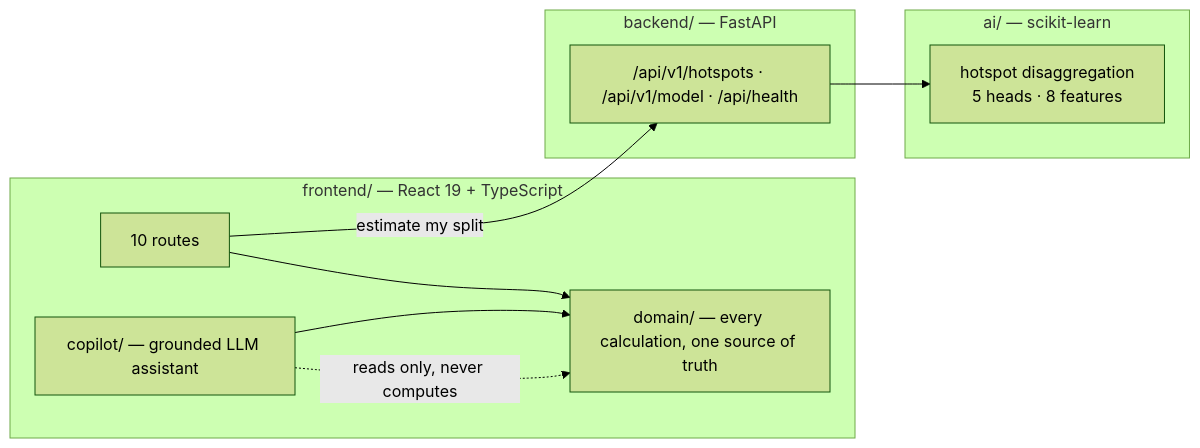
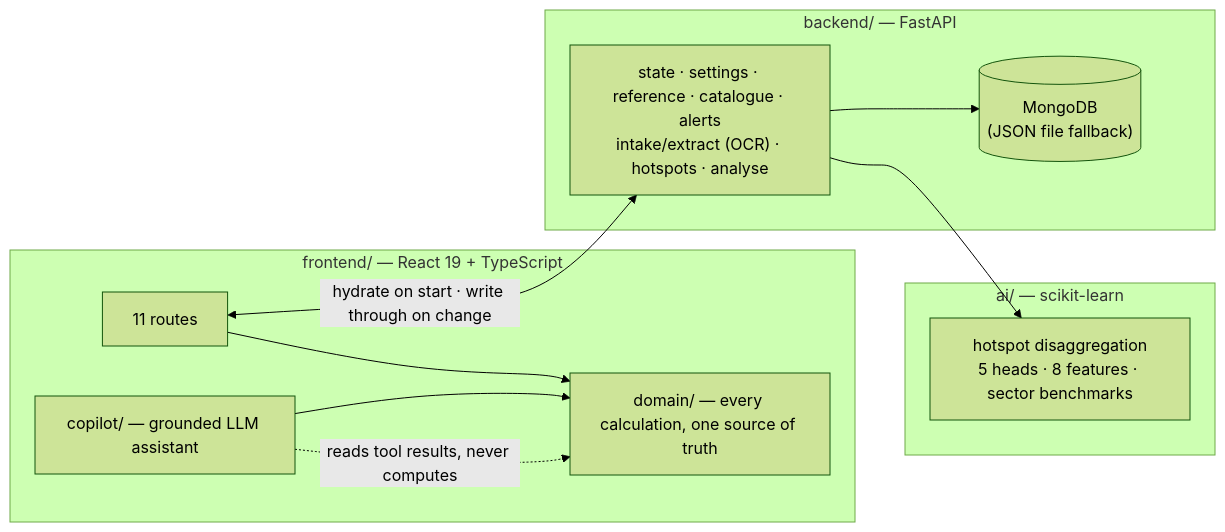
Before and after one commit to yashsai786/Hackout-2026-Code-karna-hai: the diagram in README.md, drawn with Mermaid (forest theme). The commit also changed other lines of this file and 2 other files, not shown here.

````diff
--- a/README.md
+++ b/README.md
@@ -137,19 +133,21 @@
 ```mermaid
 flowchart LR
   subgraph web["frontend/ — React 19 + TypeScript"]
-    UI["10 routes"]
+    UI["11 routes"]
     DOM["domain/ — every calculation, one source of truth"]
     COP["copilot/ — grounded LLM assistant"]
     UI --> DOM
     COP --> DOM
   end
   subgraph api["backend/ — FastAPI"]
-    EP["/api/v1/hotspots · /api/v1/model · /api/health"]
+    EP["state · settings · reference · catalogue · alerts<br/>intake/extract (OCR) · hotspots · analyse"]
+    DB[("MongoDB<br/>(JSON file fallback)")]
+    EP --> DB
   end
   subgraph ml["ai/ — scikit-learn"]
-    M["hotspot disaggregation<br/>5 heads · 8 features"]
+    M["hotspot disaggregation<br/>5 heads · 8 features · sector benchmarks"]
   end
-  UI -- "estimate my split" --> EP
+  UI <-- "hydrate on start · write through on change" --> EP
   EP --> M
-  COP -. "reads only, never computes" .-> DOM
+  COP -. "reads tool results, never computes" .-> DOM
 ```
````
